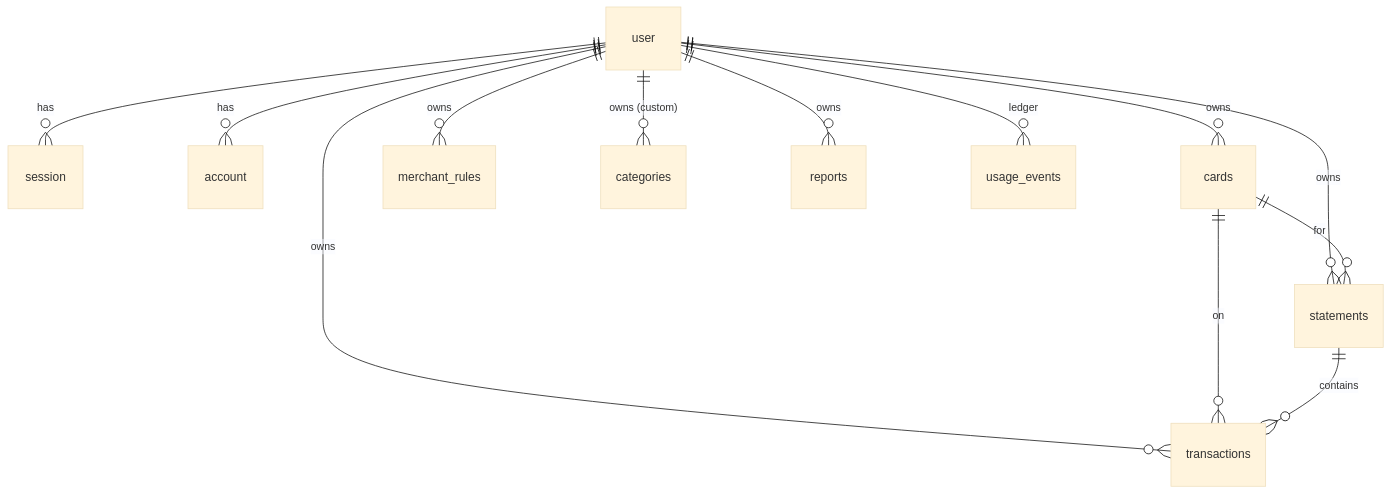
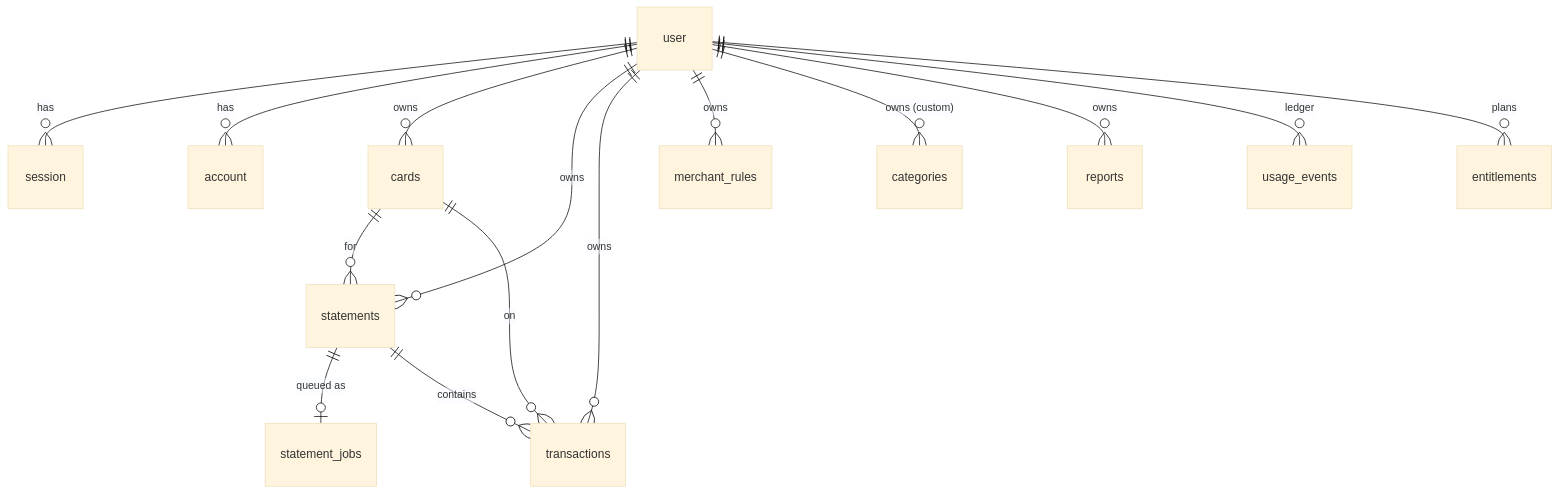
Before and after one commit to JoyBhuiya/Cardlens: the fourth of 5 diagrams in docs/ARCHITECTURE.md, drawn with Mermaid (base theme). The commit also changed other lines of this file and 68 other files, not shown here.

````diff
--- a/docs/ARCHITECTURE.md
+++ b/docs/ARCHITECTURE.md
@@ -111,15 +119,17 @@
 ```mermaid
 erDiagram
   user ||--o{ session : has
   user ||--o{ account : has
   user ||--o{ cards : owns
   user ||--o{ statements : owns
   user ||--o{ transactions : owns
   user ||--o{ merchant_rules : owns
   user ||--o{ categories : "owns (custom)"
   user ||--o{ reports : owns
   user ||--o{ usage_events : "ledger"
+  user ||--o{ entitlements : "plans"
+  statements ||--o| statement_jobs : "queued as"
   cards ||--o{ statements : "for"
   cards ||--o{ transactions : "on"
   statements ||--o{ transactions : "contains"
 ```
````
